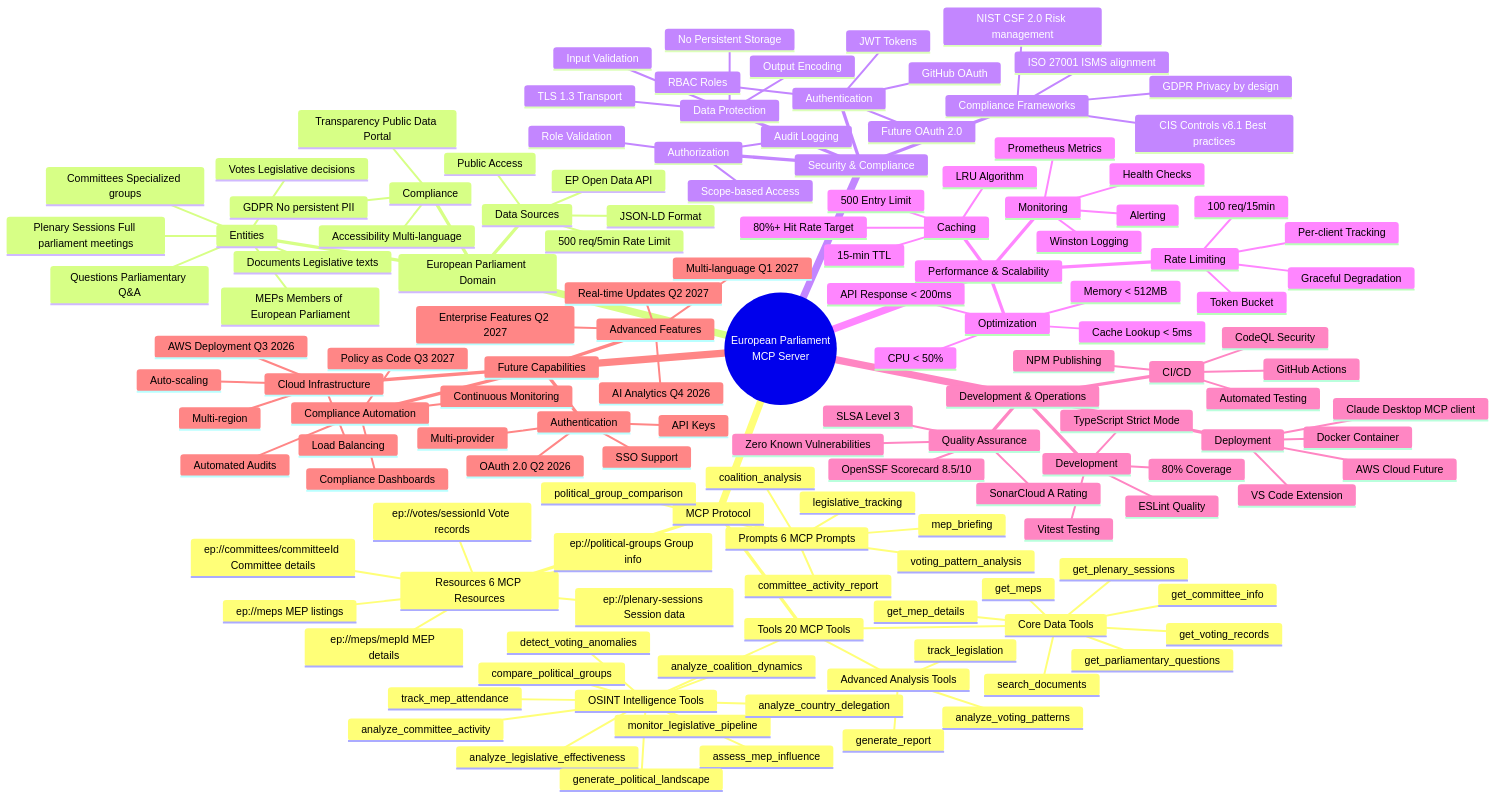
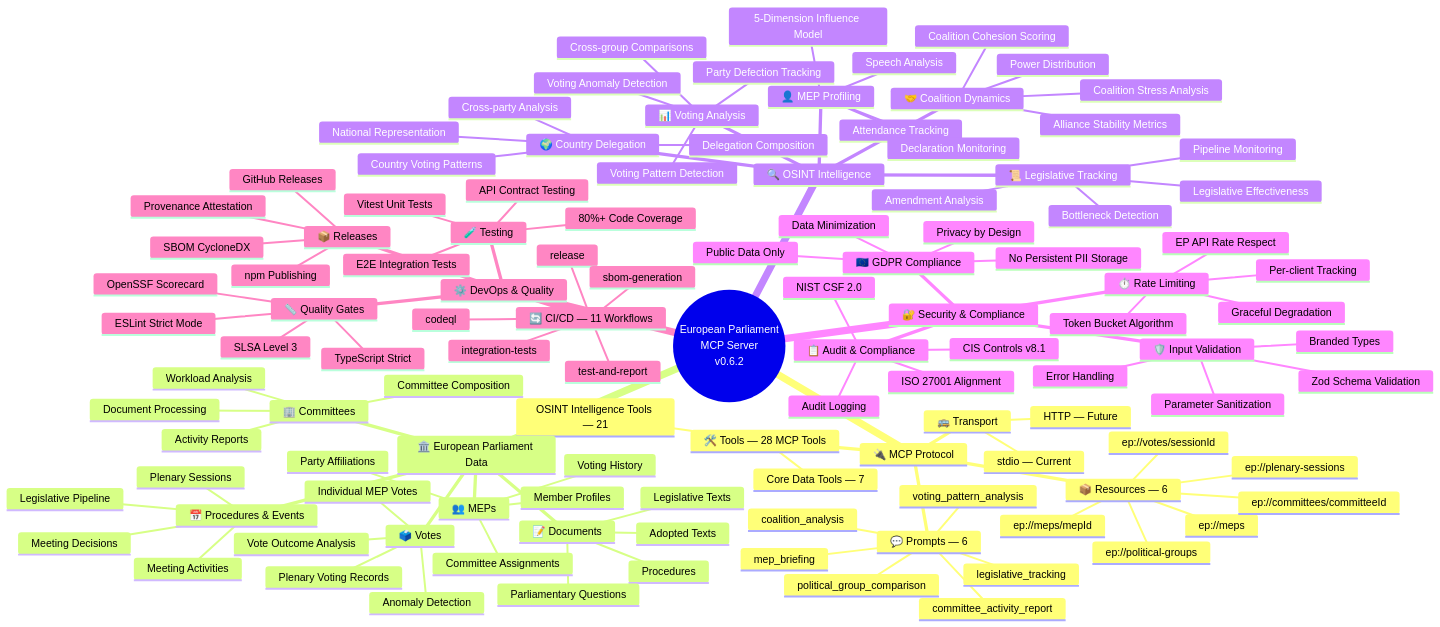
Before and after one commit to Hack23/European-Parliament-MCP-Server: the first of 5 diagrams in MINDMAP.md, drawn with Mermaid. The commit also changed other lines of this file and 3 other files, not shown here.

Commit message:
Update ARCHITECTURE.md, DATA_MODEL.md, FLOWCHART.md, MINDMAP.md with accurate system descriptions

````diff
--- a/MINDMAP.md
+++ b/MINDMAP.md
@@ -34,148 +57,120 @@
 ```mermaid
 mindmap
-  root((European Parliament<br/>MCP Server))
-    MCP Protocol
-      Tools 20 MCP Tools
-        Core Data Tools
-          get_meps
-          get_mep_details
-          get_plenary_sessions
-          get_voting_records
-          search_documents
-          get_committee_info
-          get_parliamentary_questions
-        Advanced Analysis Tools
-          analyze_voting_patterns
-          track_legislation
-          generate_report
-        OSINT Intelligence Tools
-          assess_mep_influence
-          analyze_coalition_dynamics
-          detect_voting_anomalies
-          compare_political_groups
-          analyze_legislative_effectiveness
-          monitor_legislative_pipeline
-          analyze_committee_activity
-          track_mep_attendance
-          analyze_country_delegation
-          generate_political_landscape
-      Resources 6 MCP Resources
-        ep://meps MEP listings
-        ep://meps/mepId MEP details
-        ep://committees/committeeId Committee details
-        ep://plenary-sessions Session data
-        ep://votes/sessionId Vote records
-        ep://political-groups Group info
-      Prompts 6 MCP Prompts
+  root((European Parliament<br/>MCP Server<br/>v0.6.2))
+    🔌 MCP Protocol
+      🛠️ Tools — 28 MCP Tools
+        Core Data Tools — 7
+        OSINT Intelligence Tools — 21
+      📦 Resources — 6
+        ep://meps
+        ep://meps/mepId
+        ep://committees/committeeId
+        ep://plenary-sessions
+        ep://votes/sessionId
+        ep://political-groups
+      💬 Prompts — 6
         mep_briefing
         coalition_analysis
         legislative_tracking
         political_group_comparison
         committee_activity_report
         voting_pattern_analysis
-      
-    European Parliament Domain
-      Entities
-        MEPs Members of European Parliament
-        Committees Specialized groups
-        Plenary Sessions Full parliament meetings
-        Votes Legislative decisions
-        Documents Legislative texts
-        Questions Parliamentary Q&A
-      Data Sources
-        EP Open Data API
-        JSON-LD Format
-        Public Access
-        500 req/5min Rate Limit
-      Compliance
-        GDPR No persistent PII
-        Transparency Public Data Portal
-        Accessibility Multi-language
-      
-    Security & Compliance
-      Authentication
-        Future OAuth 2.0
-        GitHub OAuth
-        RBAC Roles
-        JWT Tokens
-      Authorization
-        Scope-based Access
-        Role Validation
-        Audit Logging
-      Data Protection
-        TLS 1.3 Transport
-        Input Validation
-        Output Encoding
-        No Persistent Storage
-      Compliance Frameworks
-        ISO 27001 ISMS alignment
-        NIST CSF 2.0 Risk management
-        CIS Controls v8.1 Best practices
-        GDPR Privacy by design
-        
-    Performance & Scalability
-      Caching
-        LRU Algorithm
-        15-min TTL
-        500 Entry Limit
-        80%+ Hit Rate Target
-      Rate Limiting
-        Token Bucket
-        100 req/15min
+      🚌 Transport
+        stdio — Current
+        HTTP — Future
+    🏛️ European Parliament Data
+      👥 MEPs
+        Member Profiles
+        Party Affiliations
+        Committee Assignments
+        Voting History
+      🏢 Committees
+        Committee Composition
+        Activity Reports
+        Document Processing
+        Workload Analysis
+      📝 Documents
+        Legislative Texts
+        Adopted Texts
+        Procedures
+        Parliamentary Questions
+      🗳️ Votes
+        Plenary Voting Records
+        Individual MEP Votes
+        Vote Outcome Analysis
+        Anomaly Detection
+      📅 Procedures & Events
+        Legislative Pipeline
+        Plenary Sessions
+        Meeting Activities
+        Meeting Decisions
+    🔍 OSINT Intelligence
+      📊 Voting Analysis
+        Voting Pattern Detection
+        Voting Anomaly Detection
+        Party Defection Tracking
+        Cross-group Comparisons
+      🤝 Coalition Dynamics
+        Coalition Cohesion Scoring
+        Coalition Stress Analysis
+        Alliance Stability Metrics
+        Power Distribution
+      📜 Legislative Tracking
+        Pipeline Monitoring
+        Bottleneck Detection
+        Legislative Effectiveness
+        Amendment Analysis
+      🌍 Country Delegation
+        Delegation Composition
+        Country Voting Patterns
+        National Representation
+        Cross-party Analysis
+      👤 MEP Profiling
+        5-Dimension Influence Model
+        Attendance Tracking
+        Speech Analysis
+        Declaration Monitoring
+    🔐 Security & Compliance
+      🛡️ Input Validation
+        Zod Schema Validation
+        Branded Types
+        Parameter Sanitization
+        Error Handling
+      🇪🇺 GDPR Compliance
+        No Persistent PII Storage
+        Public Data Only
+        Privacy by Design
+        Data Minimization
+      ⏱️ Rate Limiting
+        Token Bucket Algorithm
         Per-client Tracking
         Graceful Degradation
-      Optimization
-        API Response < 200ms
-        Cache Lookup < 5ms
-        Memory < 512MB
-        CPU < 50%
-      Monitoring
-        Prometheus Metrics
-        Winston Logging
-        Health Checks
-        Alerting
-        
-    Development & Operations
-      Development
-        TypeScript Strict Mode
-        Vitest Testing
-        80% Coverage
-        ESLint Quality
-      CI/CD
-        GitHub Actions
-        Automated Testing
-        CodeQL Security
-        NPM Publishing
-      Deployment
-        Claude Desktop MCP client
-        VS Code Extension
-        Docker Container
-        AWS Cloud Future
-      Quality Assurance
-        OpenSSF Scorecard 8.5/10
+        EP API Rate Respect
+      📋 Audit & Compliance
+        Audit Logging
+        ISO 27001 Alignment
+        NIST CSF 2.0
+        CIS Controls v8.1
+    ⚙️ DevOps & Quality
+      🔄 CI/CD — 11 Workflows
+        test-and-report
+        codeql
+        release
+        integration-tests
+        sbom-generation
+      🧪 Testing
+        Vitest Unit Tests
+        E2E Integration Tests
+        80%+ Code Coverage
+        API Contract Testing
+      📏 Quality Gates
+        ESLint Strict Mode
+        TypeScript Strict
+        OpenSSF Scorecard
         SLSA Level 3
-        SonarCloud A Rating
-        Zero Known Vulnerabilities
-        
-    Future Capabilities
-      Authentication
-        OAuth 2.0 Q2 2026
-        Multi-provider
-        SSO Support
-        API Keys
-      Cloud Infrastructure
-        AWS Deployment Q3 2026
-        Load Balancing
-        Auto-scaling
-        Multi-region
-      Advanced Features
-        AI Analytics Q4 2026
-        Multi-language Q1 2027
-        Real-time Updates Q2 2027
-        Enterprise Features Q2 2027
-      Compliance Automation
-        Policy as Code Q3 2027
-        Automated Audits
-        Compliance Dashboards
-        Continuous Monitoring
+      📦 Releases
+        npm Publishing
+        GitHub Releases
+        SBOM CycloneDX
+        Provenance Attestation
 ```
````
